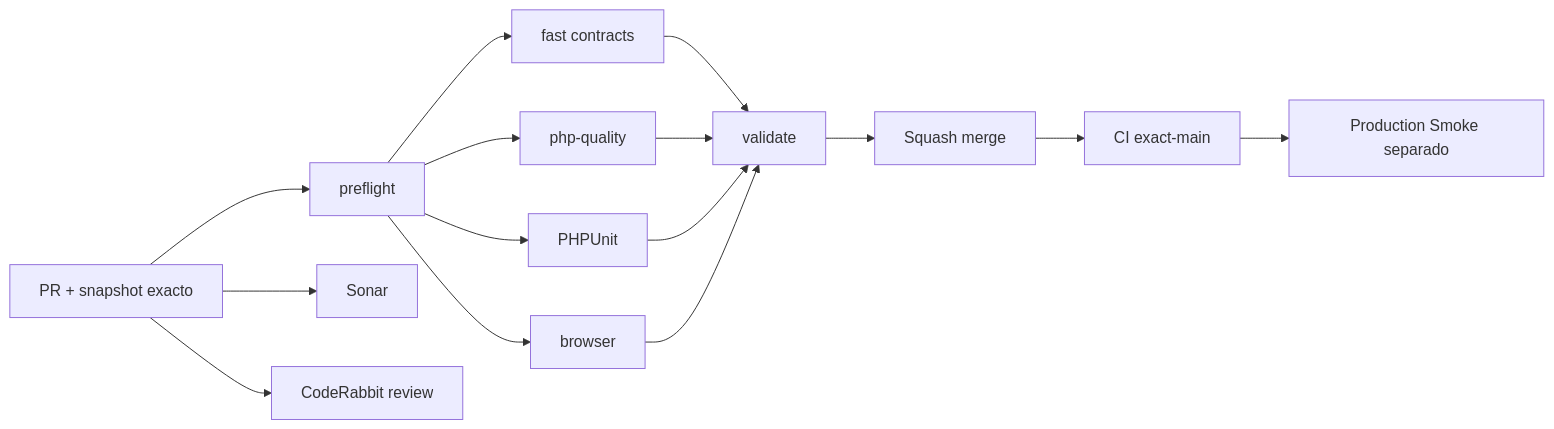
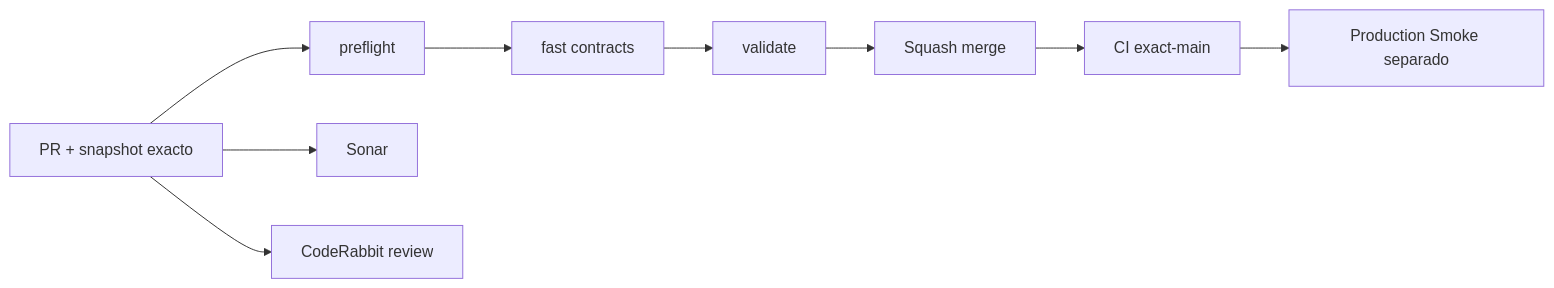
One commit to pl0n3r/GrindFlow changed the diagram in README.md. Above: the diagram before and after it, drawn with Mermaid. The commit also changed other lines of this file, not shown here.

````diff
--- a/README.md
+++ b/README.md
@@ -54,17 +52,11 @@
 ```mermaid
 flowchart LR
  A["PR + snapshot exacto"] --> P["preflight"]
  P --> F["fast contracts"]
- P --> Q["php-quality"]
- P --> T["PHPUnit"]
- P --> B["browser"]
  A --> S["Sonar"]
  A --> C["CodeRabbit review"]
  F --> V["validate"]
- Q --> V
- T --> V
- B --> V
  V --> M["Squash merge"]
  M --> X["CI exact-main"]
  X --> R["Production Smoke separado"]
 ```
````
